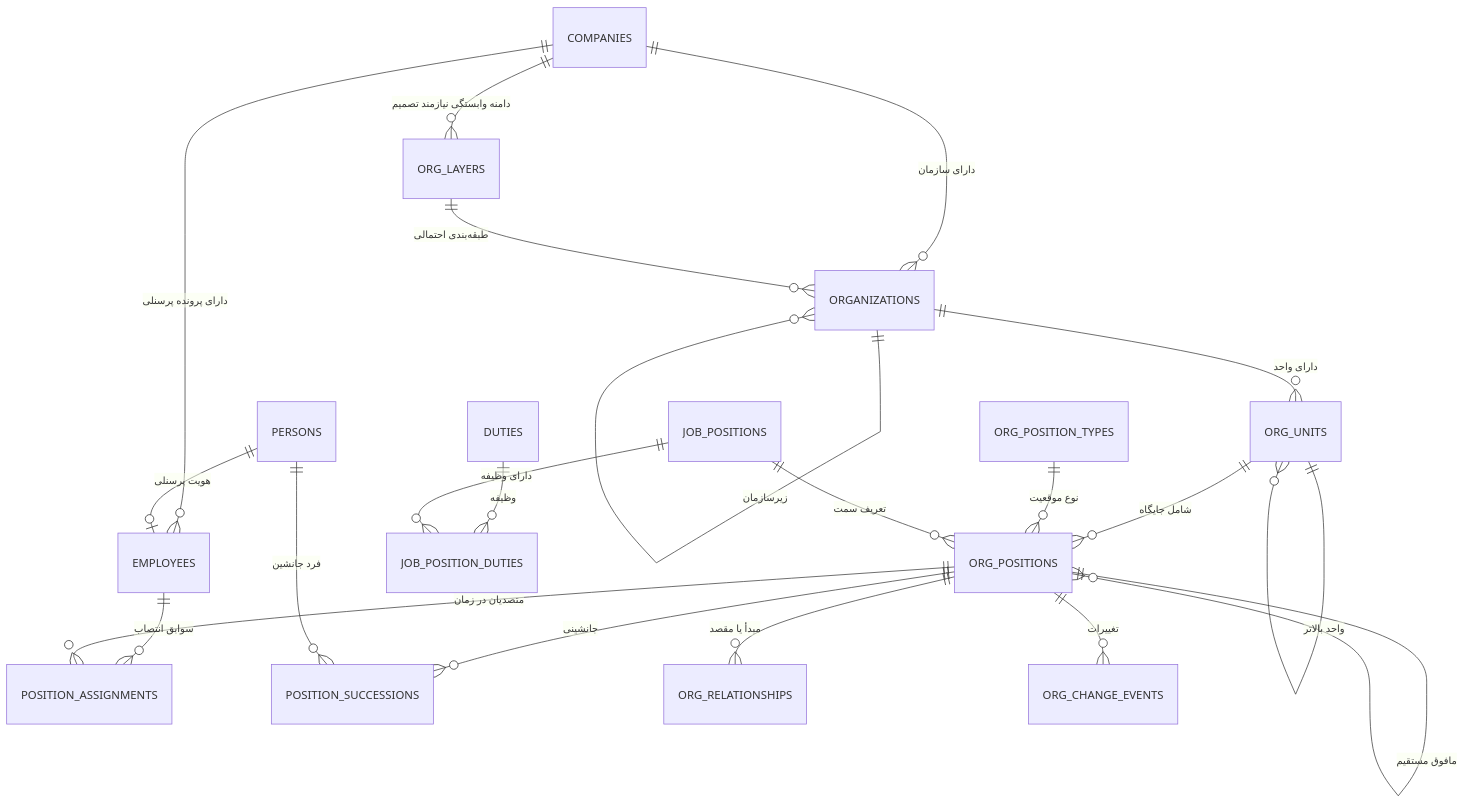
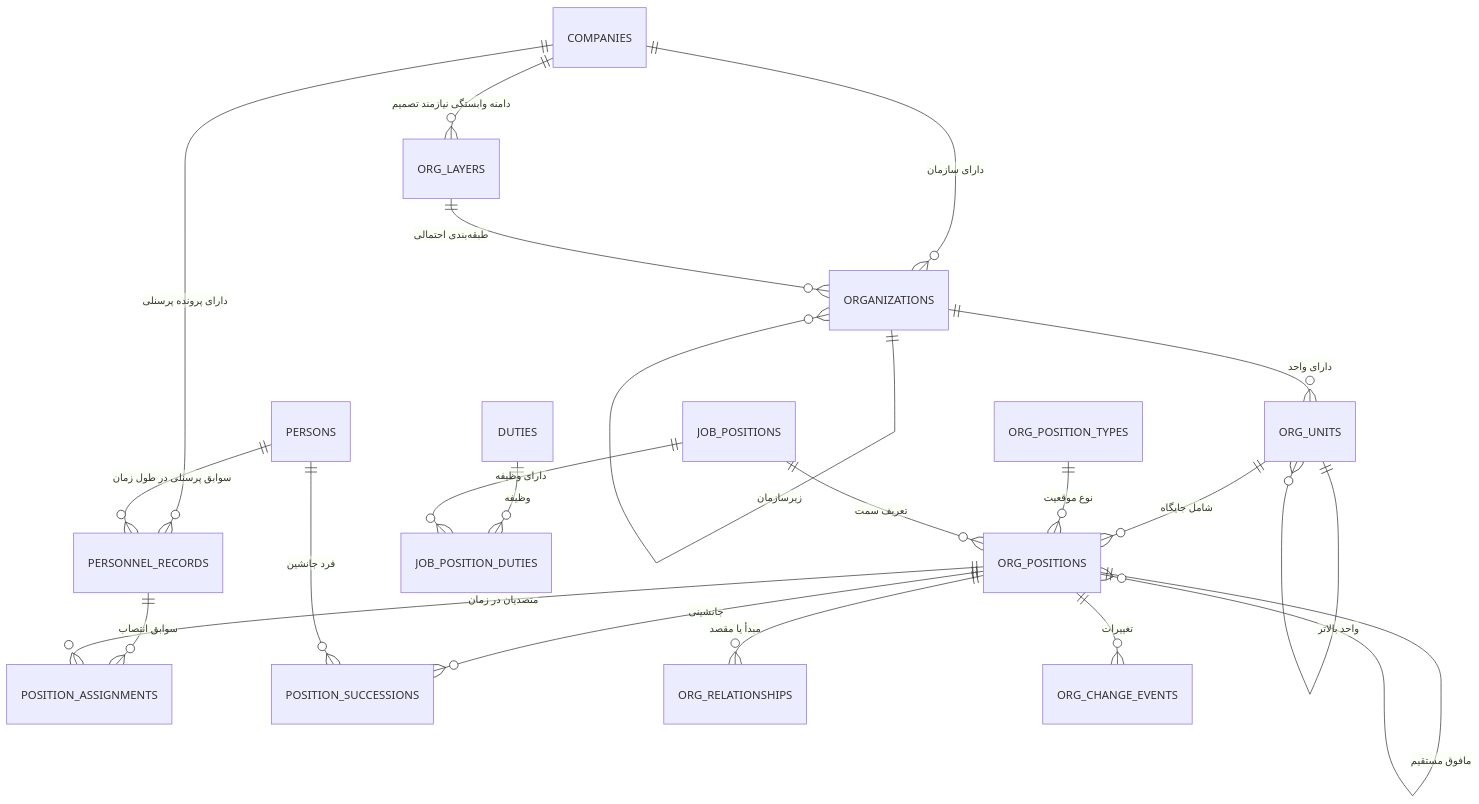
Before and after one commit to MEHDI-28/HR-SOFT: the first of 2 diagrams in docs/HR-SOFT/Analysis-v0.1/HR_SOFT_ERD_Logical_Model_v0.1.md, drawn with Mermaid. The commit also changed other lines of this file and 1 other file, not shown here.

Commit message:
docs(hr-soft): add pre-merge security and data audit

````diff
--- a/docs/HR-SOFT/Analysis-v0.1/HR_SOFT_ERD_Logical_Model_v0.1.md
+++ b/docs/HR-SOFT/Analysis-v0.1/HR_SOFT_ERD_Logical_Model_v0.1.md
@@ -19,23 +19,23 @@
 ```mermaid
 erDiagram
     COMPANIES ||--o{ ORGANIZATIONS : "دارای سازمان"
-    COMPANIES ||--o{ EMPLOYEES : "دارای پرونده پرسنلی"
+    COMPANIES ||--o{ PERSONNEL_RECORDS : "دارای پرونده پرسنلی"
     COMPANIES ||--o{ ORG_LAYERS : "دامنه وابستگی نیازمند تصمیم"
     ORG_LAYERS ||--o{ ORGANIZATIONS : "طبقه‌بندی احتمالی"
     ORGANIZATIONS ||--o{ ORGANIZATIONS : "زیرسازمان"
     ORGANIZATIONS ||--o{ ORG_UNITS : "دارای واحد"
     ORG_UNITS ||--o{ ORG_UNITS : "واحد بالاتر"
     ORG_UNITS ||--o{ ORG_POSITIONS : "شامل جایگاه"
     ORG_POSITION_TYPES ||--o{ ORG_POSITIONS : "نوع موقعیت"
     JOB_POSITIONS ||--o{ ORG_POSITIONS : "تعریف سمت"
     ORG_POSITIONS ||--o{ ORG_POSITIONS : "مافوق مستقیم"
-    PERSONS ||--o| EMPLOYEES : "هویت پرسنلی"
-    EMPLOYEES ||--o{ POSITION_ASSIGNMENTS : "سوابق انتصاب"
+    PERSONS ||--o{ PERSONNEL_RECORDS : "سوابق پرسنلی در طول زمان"
+    PERSONNEL_RECORDS ||--o{ POSITION_ASSIGNMENTS : "سوابق انتصاب"
     ORG_POSITIONS ||--o{ POSITION_ASSIGNMENTS : "متصدیان در زمان"
     ORG_POSITIONS ||--o{ POSITION_SUCCESSIONS : "جانشینی"
     PERSONS ||--o{ POSITION_SUCCESSIONS : "فرد جانشین"
     ORG_POSITIONS ||--o{ ORG_RELATIONSHIPS : "مبدأ یا مقصد"
     DUTIES ||--o{ JOB_POSITION_DUTIES : "وظیفه"
     JOB_POSITIONS ||--o{ JOB_POSITION_DUTIES : "دارای وظیفه"
     ORG_POSITIONS ||--o{ ORG_CHANGE_EVENTS : "تغییرات"
 ```
````
